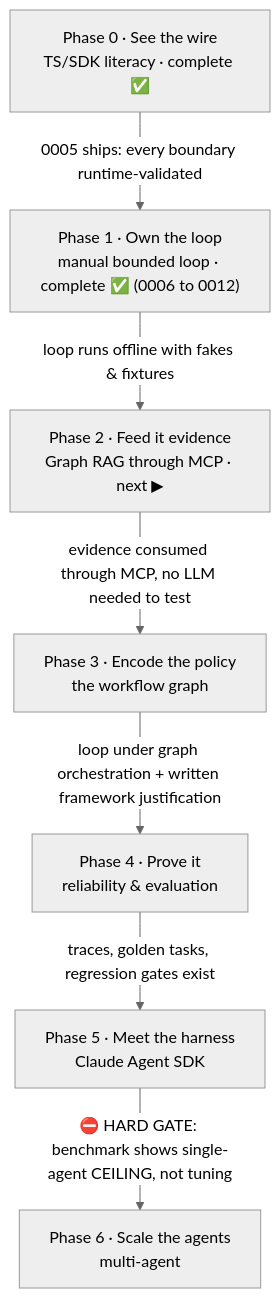
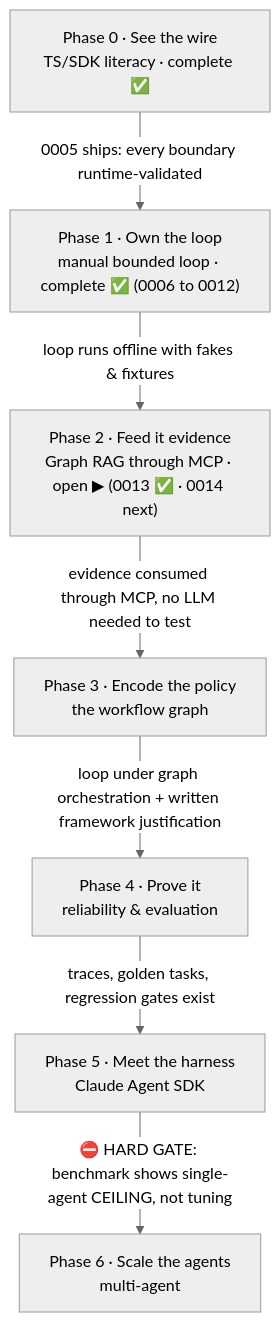
One commit to JozsefKiss90/TS changed the first of 5 diagrams in wiki/course/course-module-graph.md. Above: the diagram before and after it, drawn with Mermaid (neutral theme). The commit also changed other lines of this file and 19 other files, not shown here.

First line of the commit message:
Ship lesson 0013 - MCP Anatomy; Phase 2 opens

````diff
--- a/wiki/course/course-module-graph.md
+++ b/wiki/course/course-module-graph.md
@@ -17,16 +17,16 @@
 ```mermaid
 flowchart TD
     P0["Phase 0 · See the wire<br/>TS/SDK literacy · complete ✅"]
     P1["Phase 1 · Own the loop<br/>manual bounded loop · complete ✅ (0006 to 0012)"]
-    P2["Phase 2 · Feed it evidence<br/>Graph RAG through MCP · next ▶"]
+    P2["Phase 2 · Feed it evidence<br/>Graph RAG through MCP · open ▶ (0013 ✅ · 0014 next)"]
     P3["Phase 3 · Encode the policy<br/>the workflow graph"]
     P4["Phase 4 · Prove it<br/>reliability & evaluation"]
     P5["Phase 5 · Meet the harness<br/>Claude Agent SDK"]
     P6["Phase 6 · Scale the agents<br/>multi-agent"]
     P0 -->|"0005 ships: every boundary runtime-validated"| P1
     P1 -->|"loop runs offline with fakes & fixtures"| P2
     P2 -->|"evidence consumed through MCP, no LLM needed to test"| P3
     P3 -->|"loop under graph orchestration + written framework justification"| P4
     P4 -->|"traces, golden tasks, regression gates exist"| P5
     P5 -->|"⛔ HARD GATE: benchmark shows single-agent CEILING, not tuning"| P6
 ```
````
